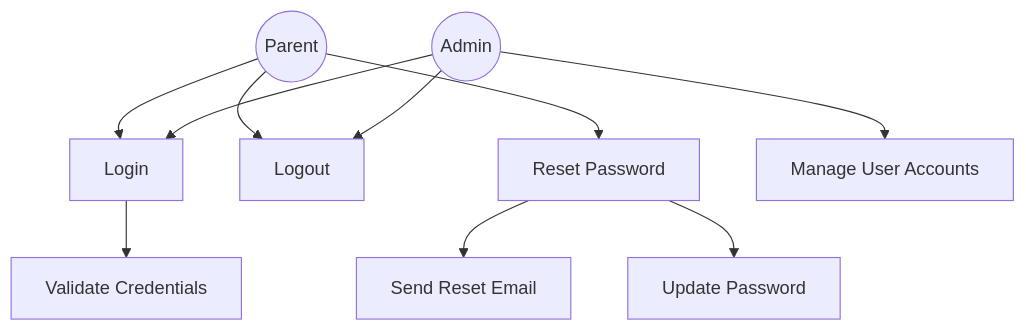
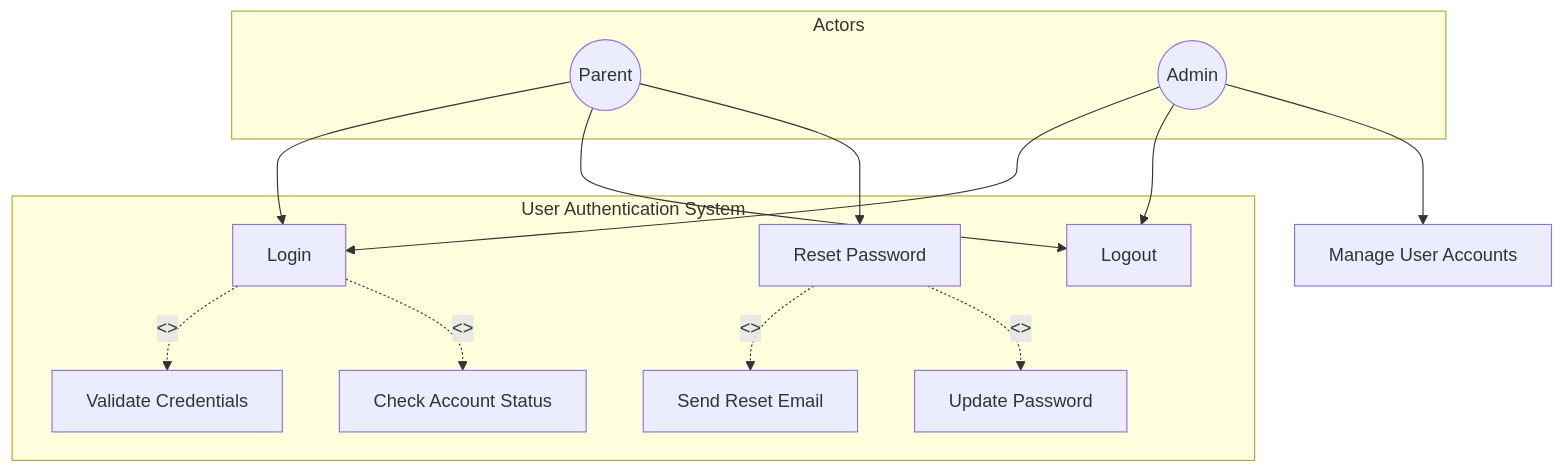
The first of 18 diagrams in diagrams.md (TongYwen/childfyp5), drawn with Mermaid before and after one commit. The commit also changed other lines of this file, not shown here.

First line of the commit message:
Update diagrams with proper UML notation

````diff
--- a/diagrams.md
+++ b/diagrams.md
@@ -6,17 +6,29 @@
 ```mermaid
-graph TD
-    Parent((Parent))
-    Admin((Admin))
+graph TB
+    subgraph Actors
+        Parent((Parent))
+        Admin((Admin))
+    end
 
-    Parent --> Login[Login]
-    Parent --> Logout[Logout]
-    Parent --> ResetPassword[Reset Password]
+    subgraph "User Authentication System"
+        Login[Login]
+        Logout[Logout]
+        ResetPassword[Reset Password]
+        ValidateCredentials[Validate Credentials]
+        SendEmail[Send Reset Email]
+        UpdatePassword[Update Password]
+        CheckAccountStatus[Check Account Status]
+    end
 
+    Parent --> Login
+    Parent --> Logout
+    Parent --> ResetPassword
     Admin --> Login
     Admin --> Logout
     Admin --> ManageUsers[Manage User Accounts]
 
-    Login --> ValidateCredentials[Validate Credentials]
-    ResetPassword --> SendEmail[Send Reset Email]
-    ResetPassword --> UpdatePassword[Update Password]
+    Login -.<<include>>.-> ValidateCredentials
+    Login -.<<include>>.-> CheckAccountStatus
+    ResetPassword -.<<include>>.-> SendEmail
+    ResetPassword -.<<include>>.-> UpdatePassword
 ```
````
